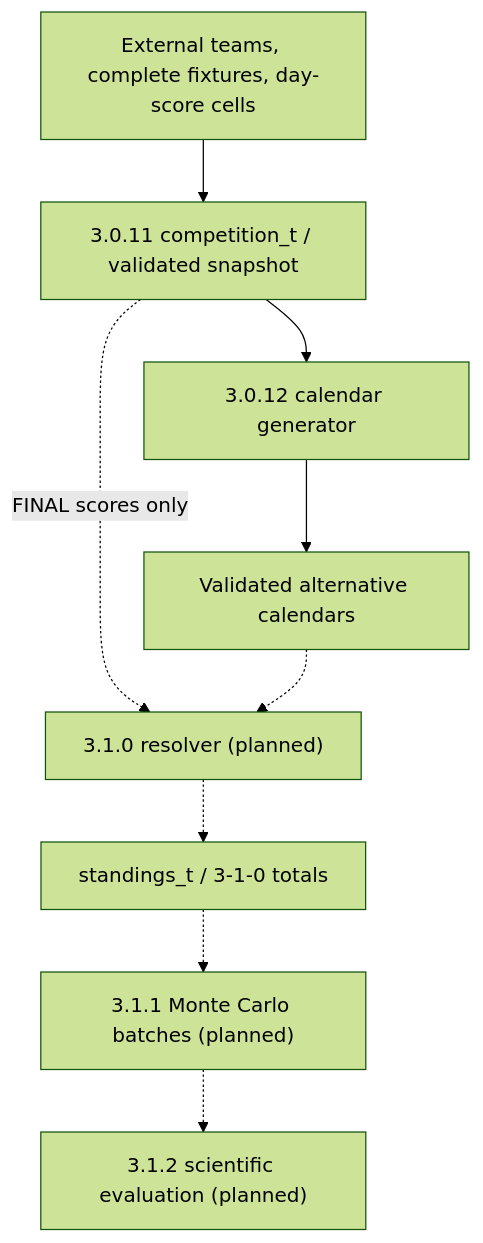
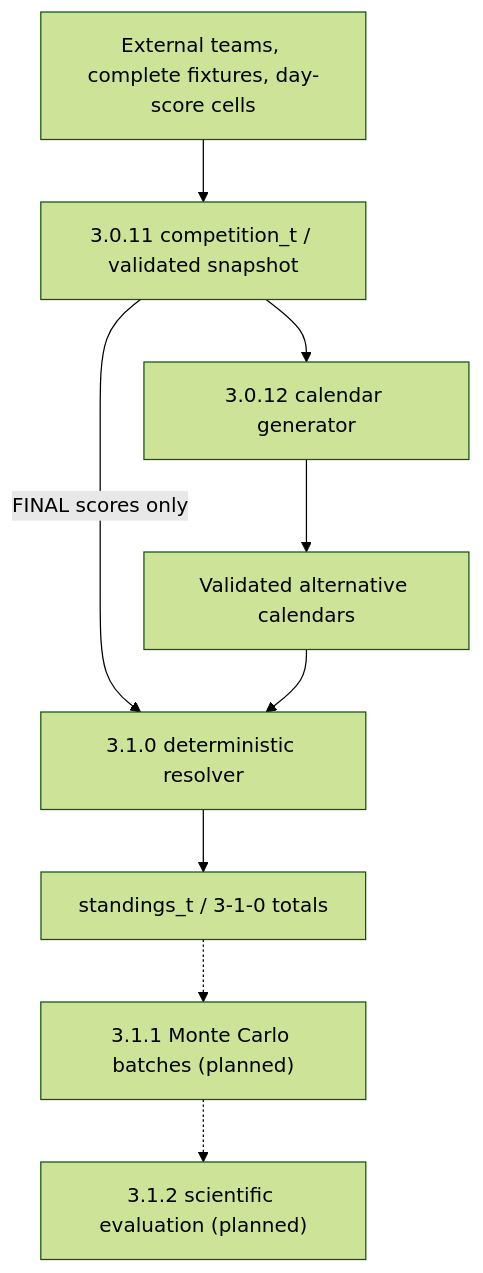
One commit to AlessVolpe/CentralRankingDogma changed the diagram in docs/architecture/data-flow.md. Above: the diagram before and after it, drawn with Mermaid (forest theme). The commit also changed other lines of this file and 30 other files, not shown here.

````diff
--- a/docs/architecture/data-flow.md
+++ b/docs/architecture/data-flow.md
@@ -3,11 +3,11 @@
 ```mermaid
 flowchart TD
     INPUT["External teams, complete fixtures, day-score cells"] --> SNAP["3.0.11 competition_t / validated snapshot"]
     SNAP --> GENERATOR["3.0.12 calendar generator"]
     GENERATOR --> VALID["Validated alternative calendars"]
-    SNAP -.->|FINAL scores only| RESOLVE["3.1.0 resolver (planned)"]
-    VALID -.-> RESOLVE
-    RESOLVE -.-> STAND["standings_t / 3-1-0 totals"]
+    SNAP -->|FINAL scores only| RESOLVE["3.1.0 deterministic resolver"]
+    VALID --> RESOLVE
+    RESOLVE --> STAND["standings_t / 3-1-0 totals"]
     STAND -.-> MONTE["3.1.1 Monte Carlo batches (planned)"]
     MONTE -.-> EVAL["3.1.2 scientific evaluation (planned)"]
 ```
````
